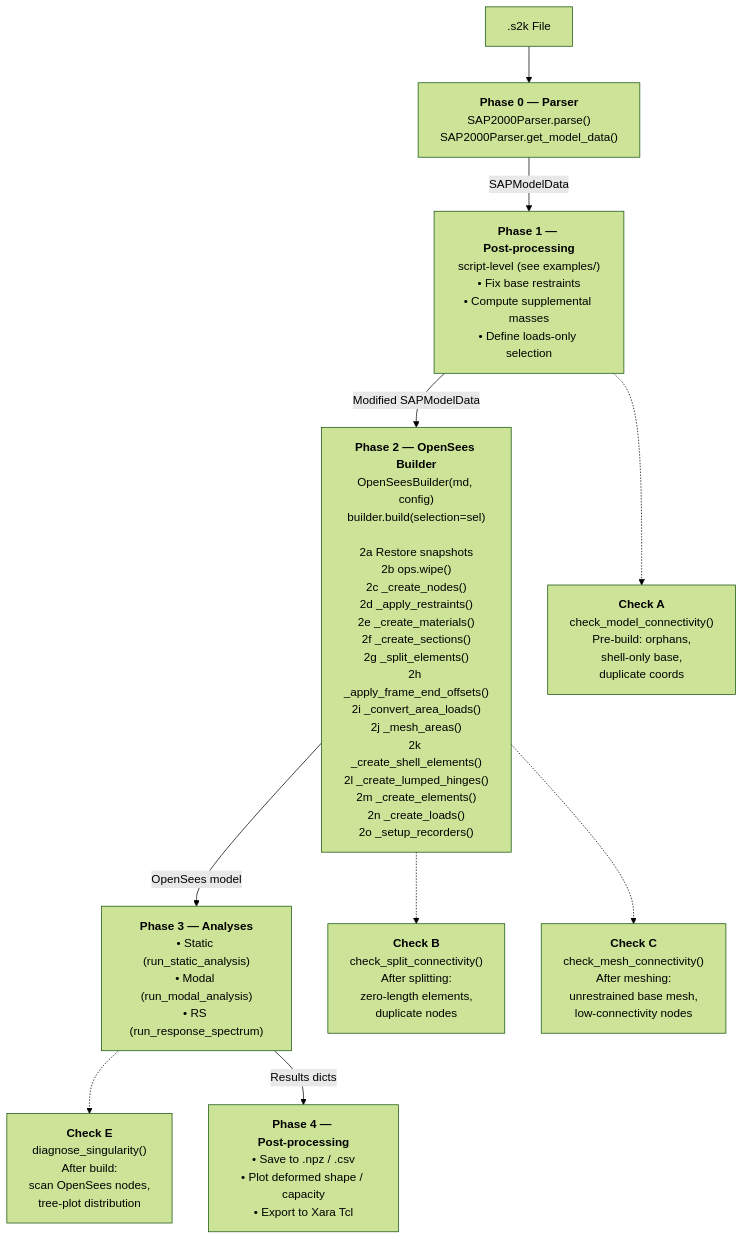
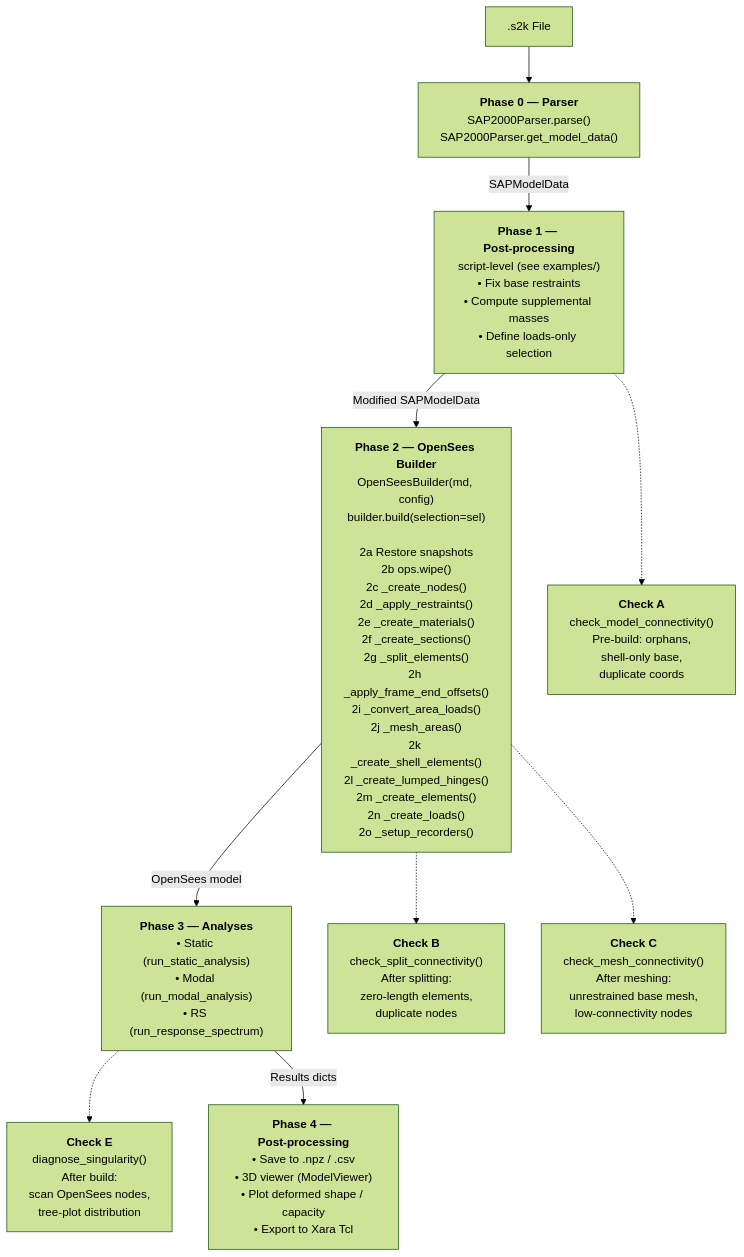
Before and after one commit to boustrephon/fea_toolkit: the diagram in docs/workflow.md, drawn with Mermaid (forest theme). The commit also changed other lines of this file and 10 other files, not shown here.

````diff
--- a/docs/workflow.md
+++ b/docs/workflow.md
@@ -11,32 +11,32 @@
 ```mermaid
 flowchart TD
     S2K[".s2k File"]
     
     P0["<b>Phase 0 — Parser</b><br/>SAP2000Parser.parse()<br/>SAP2000Parser.get_model_data()"]
     
     P1["<b>Phase 1 — Post‑processing</b><br/>script‑level (see examples/)<br/>• Fix base restraints<br/>• Compute supplemental masses<br/>• Define loads‑only selection"]
     
     P2["<b>Phase 2 — OpenSees Builder</b><br/>OpenSeesBuilder(md, config)<br/>builder.build(selection=sel)<br/><br/>2a Restore snapshots<br/>2b ops.wipe()<br/>2c _create_nodes()<br/>2d _apply_restraints()<br/>2e _create_materials()<br/>2f _create_sections()<br/>2g _split_elements()<br/>2h _apply_frame_end_offsets()<br/>2i _convert_area_loads()<br/>2j _mesh_areas()<br/>2k _create_shell_elements()<br/>2l _create_lumped_hinges()<br/>2m _create_elements()<br/>2n _create_loads()<br/>2o _setup_recorders()"]
     
     P3["<b>Phase 3 — Analyses</b><br/>• Static (run_static_analysis)<br/>• Modal (run_modal_analysis)<br/>• RS (run_response_spectrum)"]
     
-    P4["<b>Phase 4 — Post‑processing</b><br/>• Save to .npz / .csv<br/>• Plot deformed shape / capacity<br/>• Export to Xara Tcl"]
+    P4["<b>Phase 4 — Post‑processing</b><br/>• Save to .npz / .csv<br/>• 3D viewer (ModelViewer)<br/>• Plot deformed shape / capacity<br/>• Export to Xara Tcl"]
     
     CA["<b>Check A</b><br/>check_model_connectivity()<br/>Pre‑build: orphans,<br/>shell‑only base,<br/>duplicate coords"]
     
     CB["<b>Check B</b><br/>check_split_connectivity()<br/>After splitting:<br/>zero‑length elements,<br/>duplicate nodes"]
     
     CC["<b>Check C</b><br/>check_mesh_connectivity()<br/>After meshing:<br/>unrestrained base mesh,<br/>low‑connectivity nodes"]
     
     CE["<b>Check E</b><br/>diagnose_singularity()<br/>After build:<br/>scan OpenSees nodes,<br/>tree‑plot distribution"]
     
     S2K --> P0
     P0 -->|SAPModelData| P1
     P1 -.-> CA
     P1 -->|Modified SAPModelData| P2
     P2 -.-> CB
     P2 -.-> CC
     P2 -->|OpenSees model| P3
     P3 -.-> CE
     P3 -->|Results dicts| P4
 ```
````
